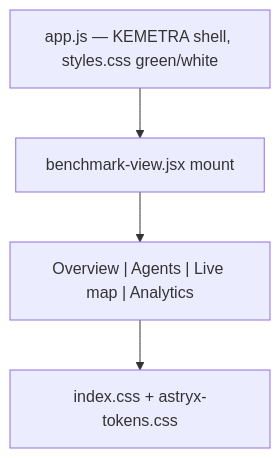
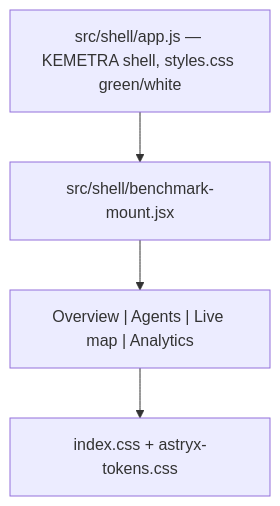
One commit to Esprit-School-of-Engineering-5DS8/intelligent-marl-traffic changed the first of 2 diagrams in docs/FRONTEND_ROADMAP.md. Above: the diagram before and after it, drawn with Mermaid. The commit also changed other lines of this file and 68 other files, not shown here.

````diff
--- a/docs/FRONTEND_ROADMAP.md
+++ b/docs/FRONTEND_ROADMAP.md
@@ -27,10 +27,10 @@
 ```mermaid
 flowchart TB
-  AppJS["app.js — KEMETRA shell, styles.css green/white"]
-  BenchEmbed["benchmark-view.jsx mount"]
+  AppJS["src/shell/app.js — KEMETRA shell, styles.css green/white"]
+  BenchEmbed["src/shell/benchmark-mount.jsx"]
   ReactPages["Overview | Agents | Live map | Analytics"]
   Theme["index.css + astryx-tokens.css"]
   AppJS --> BenchEmbed
   BenchEmbed --> ReactPages
   ReactPages --> Theme
 ```
````
